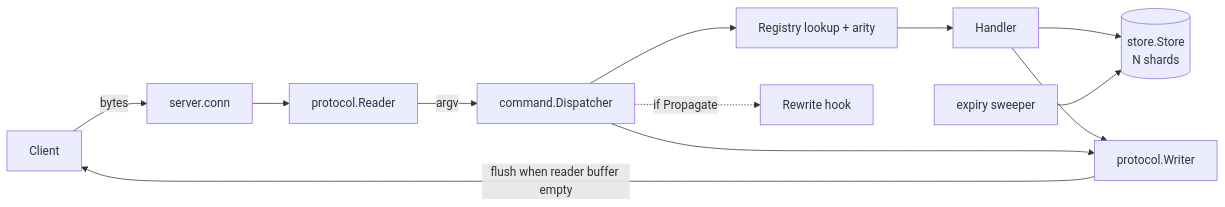
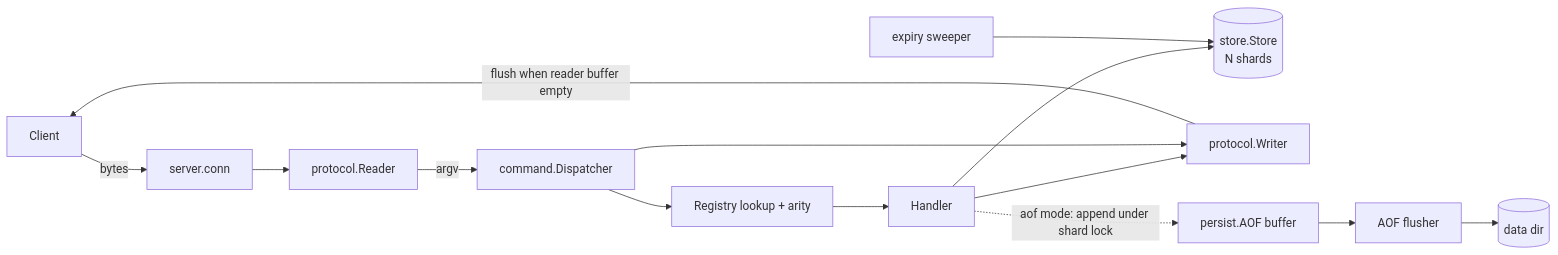
One commit to nima-ca/sylphy changed the diagram in docs/ARCHITECTURE.md. Above: the diagram before and after it, drawn with Mermaid. The commit also changed other lines of this file and 8 other files, not shown here.

````diff
--- a/docs/ARCHITECTURE.md
+++ b/docs/ARCHITECTURE.md
@@ -24,14 +27,15 @@
 ```mermaid
 flowchart LR
     C[Client] -->|bytes| S[server.conn]
     S --> R[protocol.Reader]
     R -->|argv| D[command.Dispatcher]
     D --> Reg[Registry lookup + arity]
     Reg --> H[Handler]
     H --> St[(store.Store<br/>N shards)]
     H --> W[protocol.Writer]
     D --> W
-    D -.->|if Propagate| RW[Rewrite hook]
+    H -.->|aof mode: append under shard lock| A[persist.AOF buffer]
+    A --> FL[AOF flusher] --> Disk[(data dir)]
     SW[expiry sweeper] --> St
     W -->|flush when reader buffer empty| C
 ```
````
